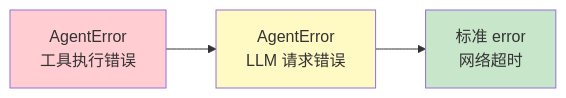
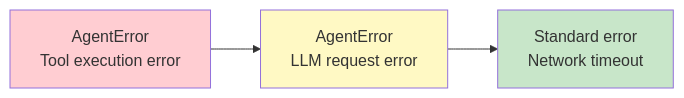
Before and after one commit to kart-io/goagent: the second of 2 diagrams in errors/README.md, drawn with Mermaid. The commit also changed other lines of this file and 52 other files, not shown here.

````diff
--- a/errors/README.md
+++ b/errors/README.md
@@ -72,9 +74,9 @@
 ```mermaid
 graph LR
-    E1[AgentError<br/>工具执行错误] --> E2[AgentError<br/>LLM 请求错误]
-    E2 --> E3[标准 error<br/>网络超时]
+    E1[AgentError<br/>Tool execution error] --> E2[AgentError<br/>LLM request error]
+    E2 --> E3[Standard error<br/>Network timeout]
 
     style E1 fill:#ffcdd2
     style E2 fill:#fff9c4
     style E3 fill:#c8e6c9
 ```
````
